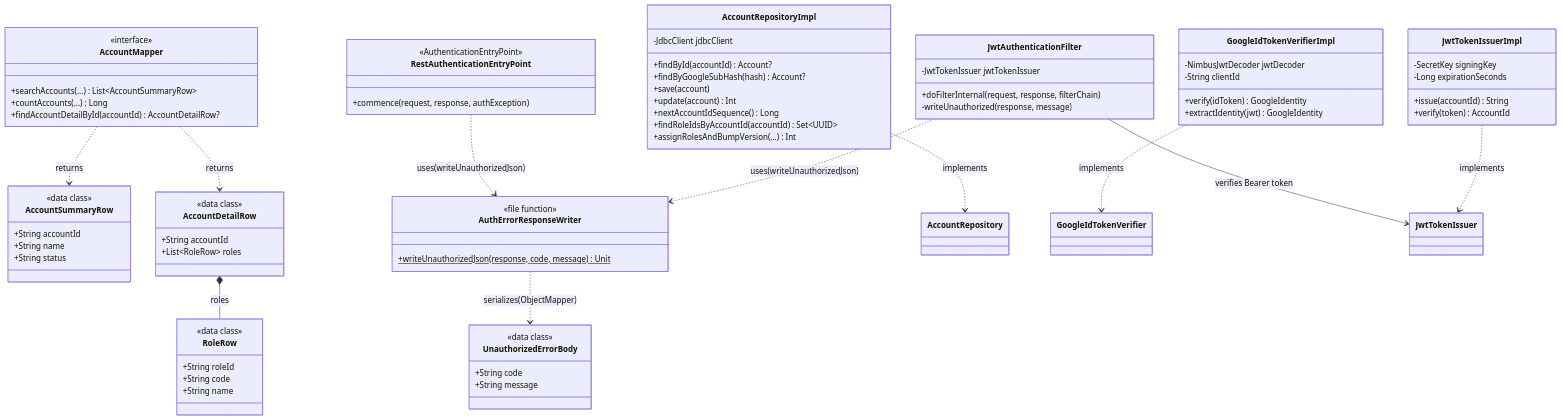
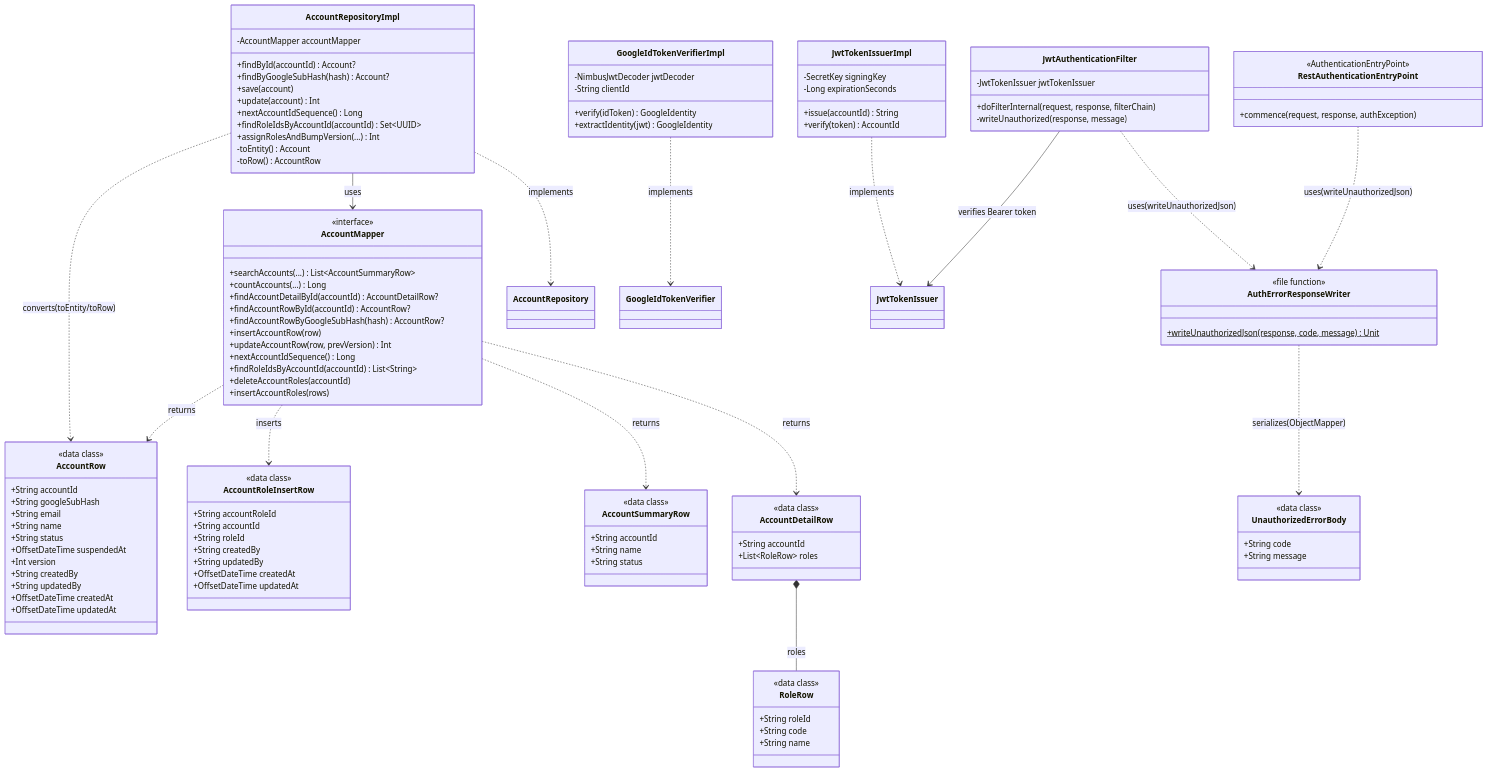
Before and after one commit to OkochiDesu/kakehashi-api: the diagram in src/main/kotlin/com/kakehashi/infrastructure/account/README.md, drawn with Mermaid. The commit also changed other lines of this file and 23 other files, not shown here.

````diff
--- a/src/main/kotlin/com/kakehashi/infrastructure/account/README.md
+++ b/src/main/kotlin/com/kakehashi/infrastructure/account/README.md
@@ -12,7 +12,7 @@
 ```mermaid
 classDiagram
     class AccountRepositoryImpl {
-        -JdbcClient jdbcClient
+        -AccountMapper accountMapper
         +findById(accountId) Account?
         +findByGoogleSubHash(hash) Account?
         +save(account)
@@ -20,6 +20,8 @@
         +nextAccountIdSequence() Long
         +findRoleIdsByAccountId(accountId) Set~UUID~
         +assignRolesAndBumpVersion(...) Int
+        -toEntity() Account
+        -toRow() AccountRow
     }
 
     class AccountMapper {
@@ -27,6 +29,38 @@
         +searchAccounts(...) List~AccountSummaryRow~
         +countAccounts(...) Long
         +findAccountDetailById(accountId) AccountDetailRow?
+        +findAccountRowById(accountId) AccountRow?
+        +findAccountRowByGoogleSubHash(hash) AccountRow?
+        +insertAccountRow(row)
+        +updateAccountRow(row, prevVersion) Int
+        +nextAccountIdSequence() Long
+        +findRoleIdsByAccountId(accountId) List~String~
+        +deleteAccountRoles(accountId)
+        +insertAccountRoles(rows)
+    }
+    class AccountRow {
+        <<data class>>
+        +String accountId
+        +String googleSubHash
+        +String email
+        +String name
+        +String status
+        +OffsetDateTime suspendedAt
+        +Int version
+        +String createdBy
+        +String updatedBy
+        +OffsetDateTime createdAt
+        +OffsetDateTime updatedAt
+    }
+    class AccountRoleInsertRow {
+        <<data class>>
+        +String accountRoleId
+        +String accountId
+        +String roleId
+        +String createdBy
+        +String updatedBy
+        +OffsetDateTime createdAt
+        +OffsetDateTime updatedAt
     }
     class AccountSummaryRow {
         <<data class>>
@@ -82,10 +116,14 @@
     }
 
     AccountRepositoryImpl ..> AccountRepository : implements
+    AccountRepositoryImpl --> AccountMapper : uses
+    AccountRepositoryImpl ..> AccountRow : converts(toEntity/toRow)
     GoogleIdTokenVerifierImpl ..> GoogleIdTokenVerifier : implements
     JwtTokenIssuerImpl ..> JwtTokenIssuer : implements
     AccountMapper ..> AccountSummaryRow : returns
     AccountMapper ..> AccountDetailRow : returns
+    AccountMapper ..> AccountRow : returns
+    AccountMapper ..> AccountRoleInsertRow : inserts
     AccountDetailRow *-- RoleRow : roles
     JwtAuthenticationFilter --> JwtTokenIssuer : verifies Bearer token
     JwtAuthenticationFilter ..> AuthErrorResponseWriter : uses(writeUnauthorizedJson)
````
